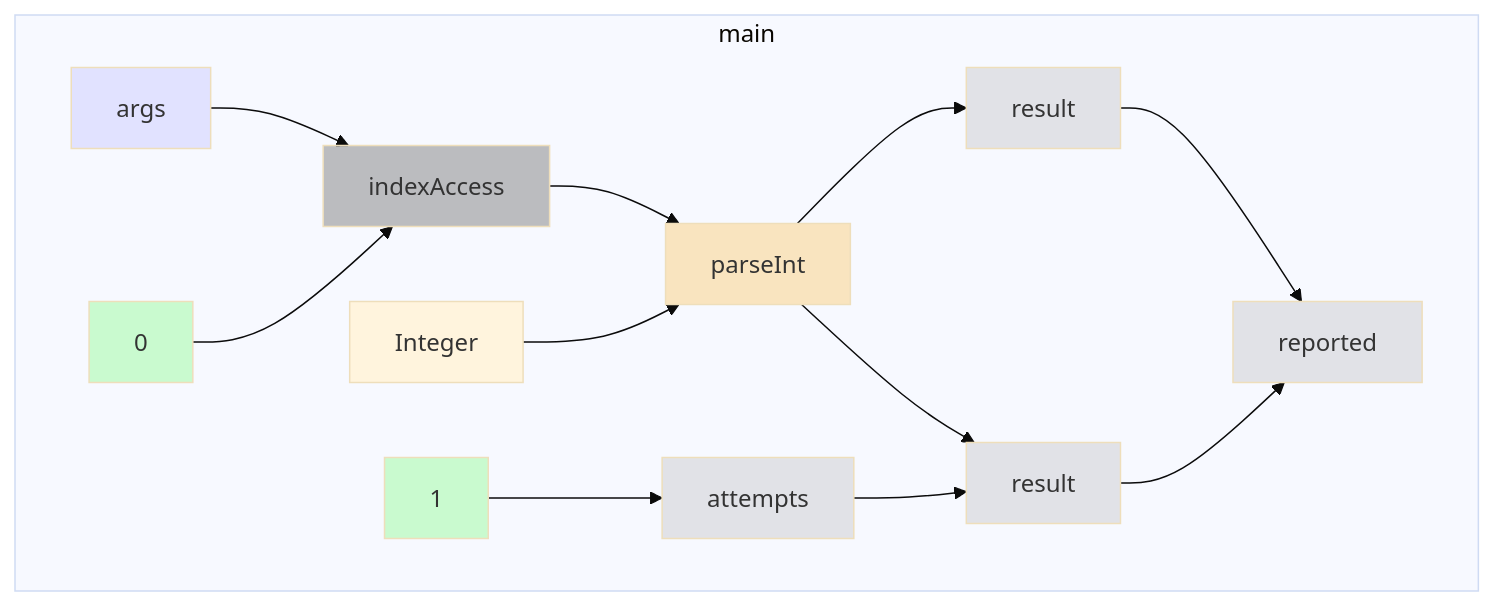
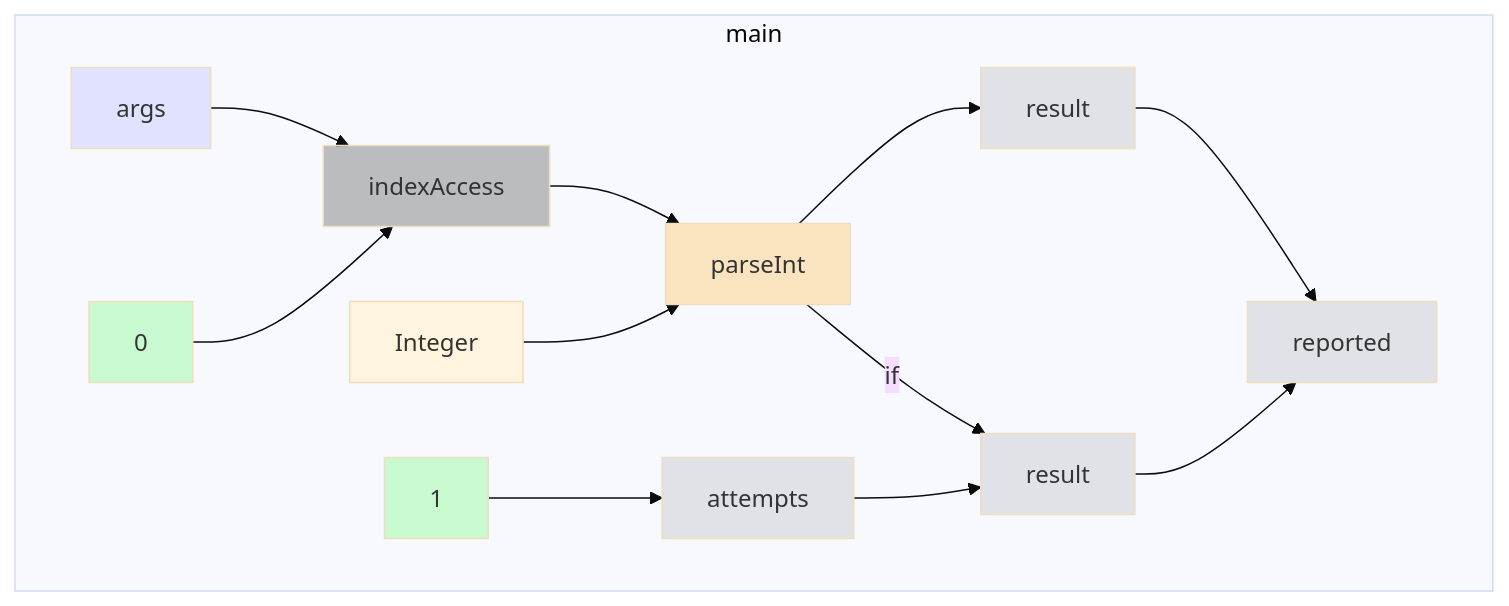
Before and after one commit to gstiebler/codeflow: the diagram in app/src/test/resources/tryCatch/spike-truth.md, drawn with Mermaid (base theme). The commit also changed 3 other files, not shown here.

````diff
--- a/app/src/test/resources/tryCatch/spike-truth.md
+++ b/app/src/test/resources/tryCatch/spike-truth.md
@@ -3,32 +3,32 @@
 ```mermaid
 flowchart TD
   subgraph m0["main"]
     n0["indexAccess"]:::BIN_OP
     n1["parseInt"]:::EXTERNAL
     n2["args"]:::FUNC_PARAM
     n3["0"]:::LITERAL
     n4["1"]:::LITERAL
     n5["Integer"]:::OBJ_VARIABLE
     n6["attempts"]:::VARIABLE
     n7["reported"]:::VARIABLE
     n8["result"]:::VARIABLE
     n9["result"]:::VARIABLE
   end
   n0 --> n1
   n1 --> n8
-  n1 --> n9
+  n1 -->|if| n9
   n2 --> n0
   n3 --> n0
   n4 --> n6
   n5 --> n1
   n6 --> n9
   n8 --> n7
   n9 --> n7
   classDef LITERAL fill:#00FF0030
   classDef VARIABLE fill:#80808030
   classDef BIN_OP fill:#80808080
   classDef FUNC_PARAM fill:#8080FF30
   classDef RETURN fill:#FF808080
   classDef EXTERNAL fill:#FFA50040
   classDef UNMODELLED fill:#FF000030,stroke-dasharray: 4 2
 ```
````
